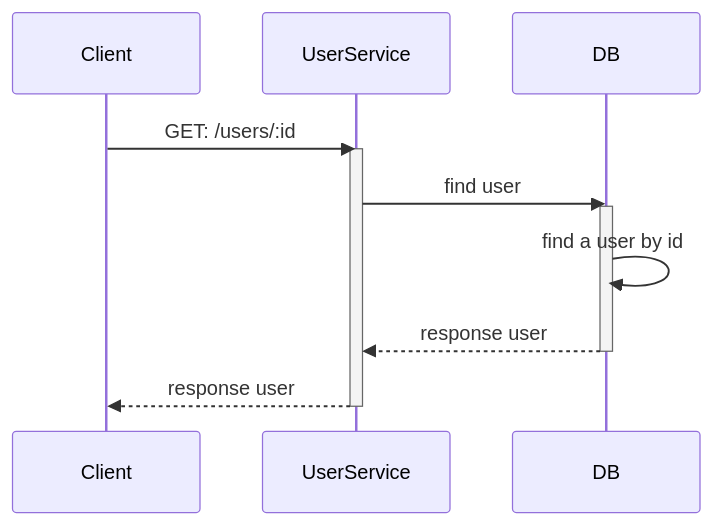
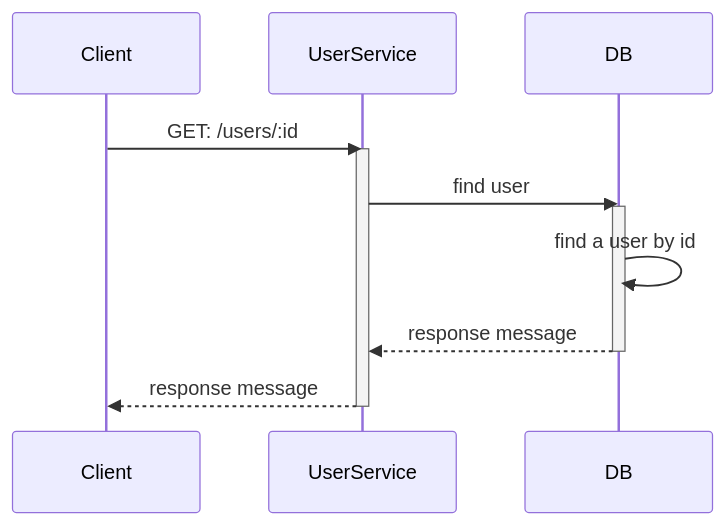
Before and after one commit to uneemo-99/nestjs-type-orm: the diagram in docs/users/get-user.md, drawn with Mermaid. The commit also changed 7 other files, not shown here.

````diff
--- a/docs/users/get-user.md
+++ b/docs/users/get-user.md
@@ -3,12 +3,12 @@
 ```mermaid
 sequenceDiagram
     Client->>UserService :  GET: /users/:id
     activate UserService
     UserService->>DB: find user
     activate DB
     DB->>DB: find a user by id
-    DB-->>UserService: response user
+    DB-->>UserService: response message
     deactivate DB
-    UserService-->>Client: response user
+    UserService-->>Client: response message
     deactivate UserService
 ```
````
